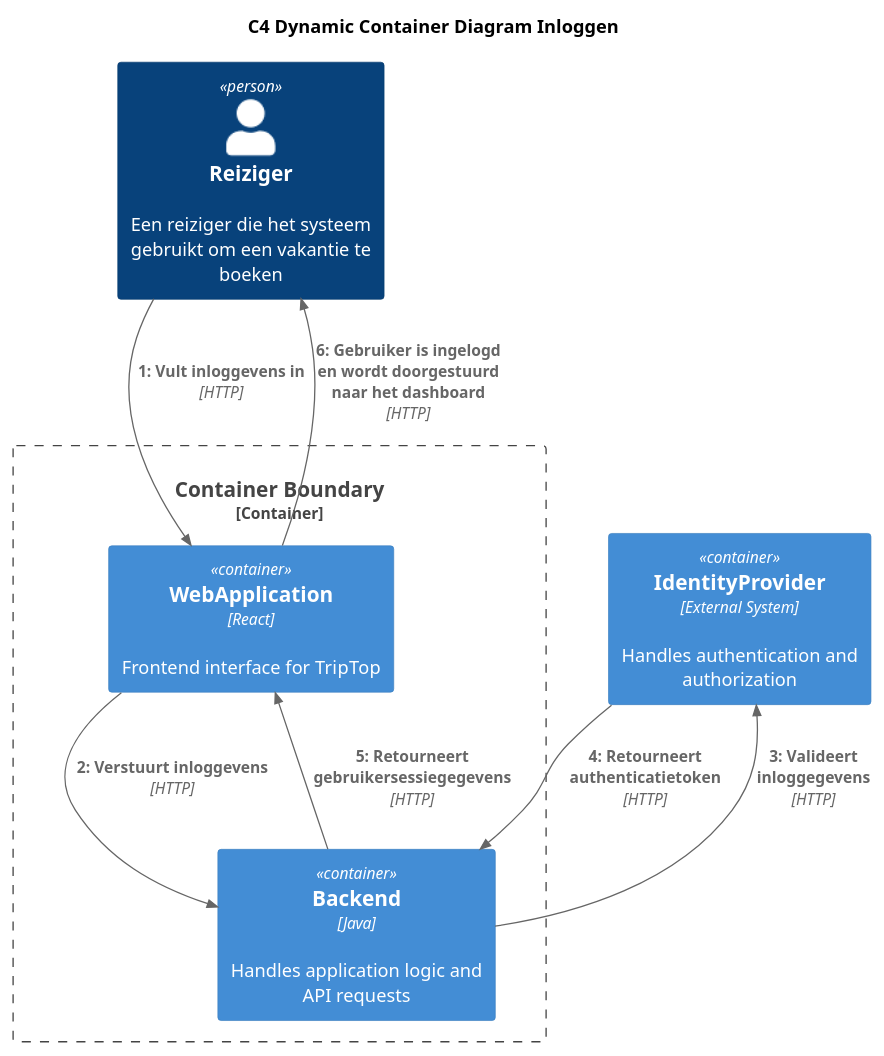
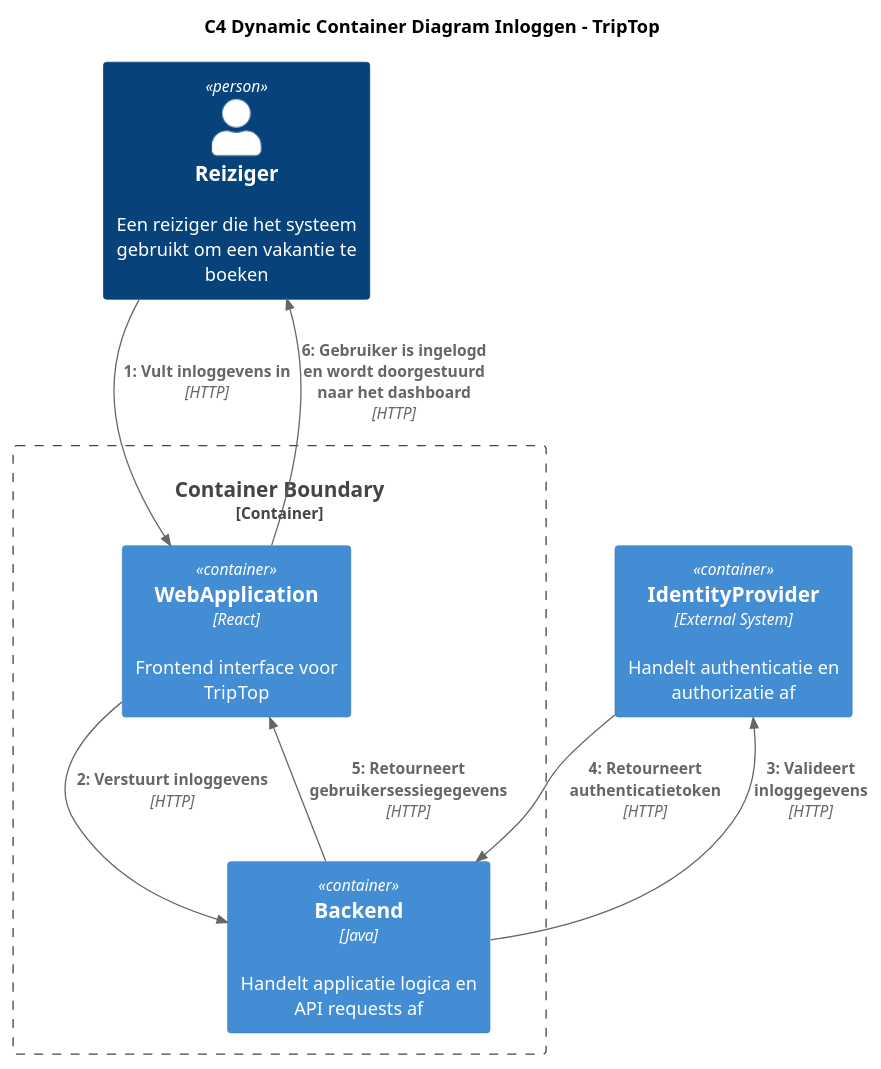
Before and after one commit to AIM-ENE-feb25/triptop-groep-b4: the diagram in C4_diagrammen/DynamicContainerDiagramLoggingIn.puml, drawn with PlantUML. The commit also changed 5 other files, not shown here.

Commit message:
Context Diagram & uitleg in SGB

```diff
--- a/C4_diagrammen/DynamicContainerDiagramLoggingIn.puml
+++ b/C4_diagrammen/DynamicContainerDiagramLoggingIn.puml
@@ -1,20 +1,20 @@
 @startuml
 !include https://raw.githubusercontent.com/plantuml-stdlib/C4-PlantUML/master/C4_Container.puml
 
-title C4 Dynamic Container Diagram Inloggen
+title C4 Dynamic Container Diagram Inloggen - TripTop
 
 Person(Reiziger, "Reiziger", "Een reiziger die het systeem gebruikt om een vakantie te boeken")
 
 Container_Boundary(ContainerBoundary, "Container Boundary") {
-    Container(WebApp, "WebApplication", "React", "Frontend interface for TripTop")
-    Container(Backend, "Backend", "Java", "Handles application logic and API requests")
+    Container(WebApp, "WebApplication", "React", "Frontend interface voor TripTop")
+    Container(Backend, "Backend", "Java", "Handelt applicatie logica en API requests af")
 }
-Container(IdentityProvider, "IdentityProvider", "External System", "Handles authentication and authorization")
+Container(IdentityProvider, "IdentityProvider", "External System", "Handelt authenticatie en authorizatie af")
 
 Rel(Reiziger, WebApp, "1: Vult inloggevens in", $techn="HTTP", $tags="", $link="")
 Rel(WebApp, Backend, "2: Verstuurt inloggevens", $techn="HTTP", $tags="", $link="")
 Rel(Backend, IdentityProvider, "3: Valideert inloggegevens", $techn="HTTP", $tags="", $link="")
 Rel(IdentityProvider, Backend, "4: Retourneert authenticatietoken", $techn="HTTP", $tags="", $link="")
 Rel(Backend, WebApp, "5: Retourneert gebruikersessiegegevens", $techn="HTTP", $tags="", $link="")
 Rel(WebApp, Reiziger, "6: Gebruiker is ingelogd en wordt doorgestuurd naar het dashboard", $techn="HTTP", $tags="", $link="")
 @enduml
```
